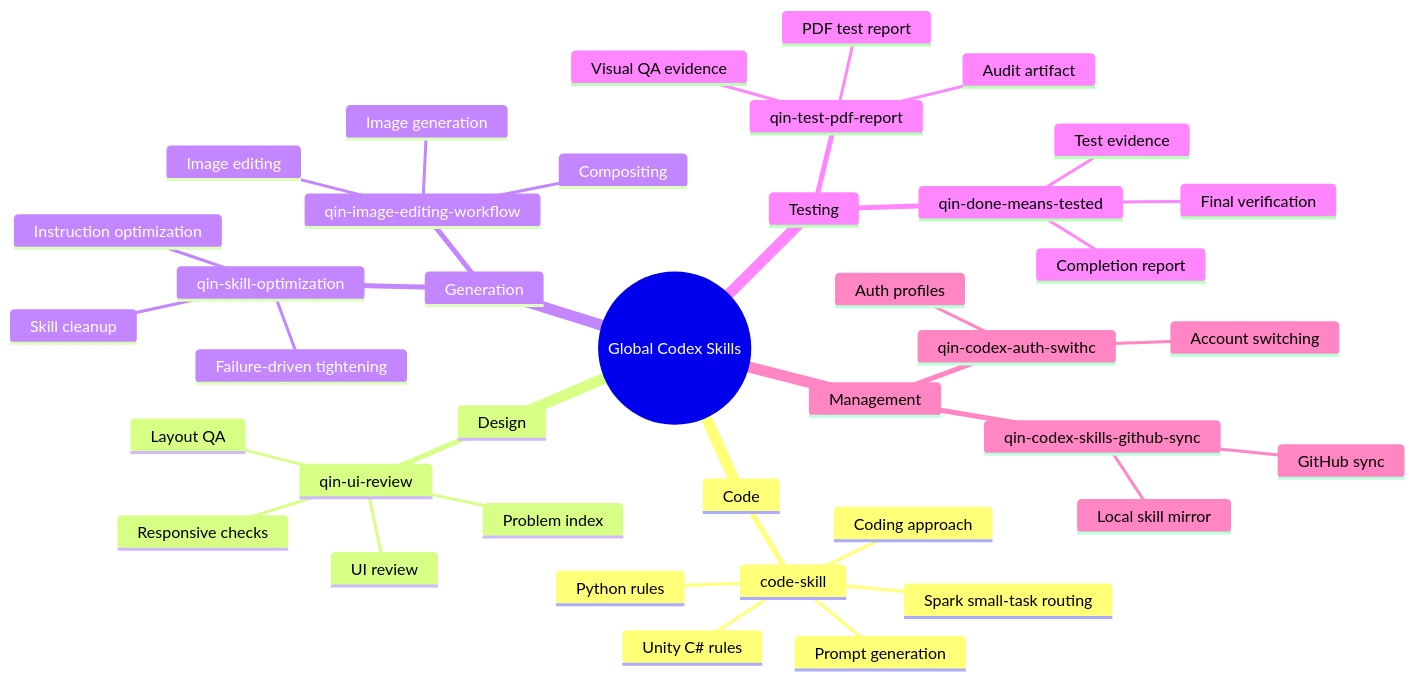
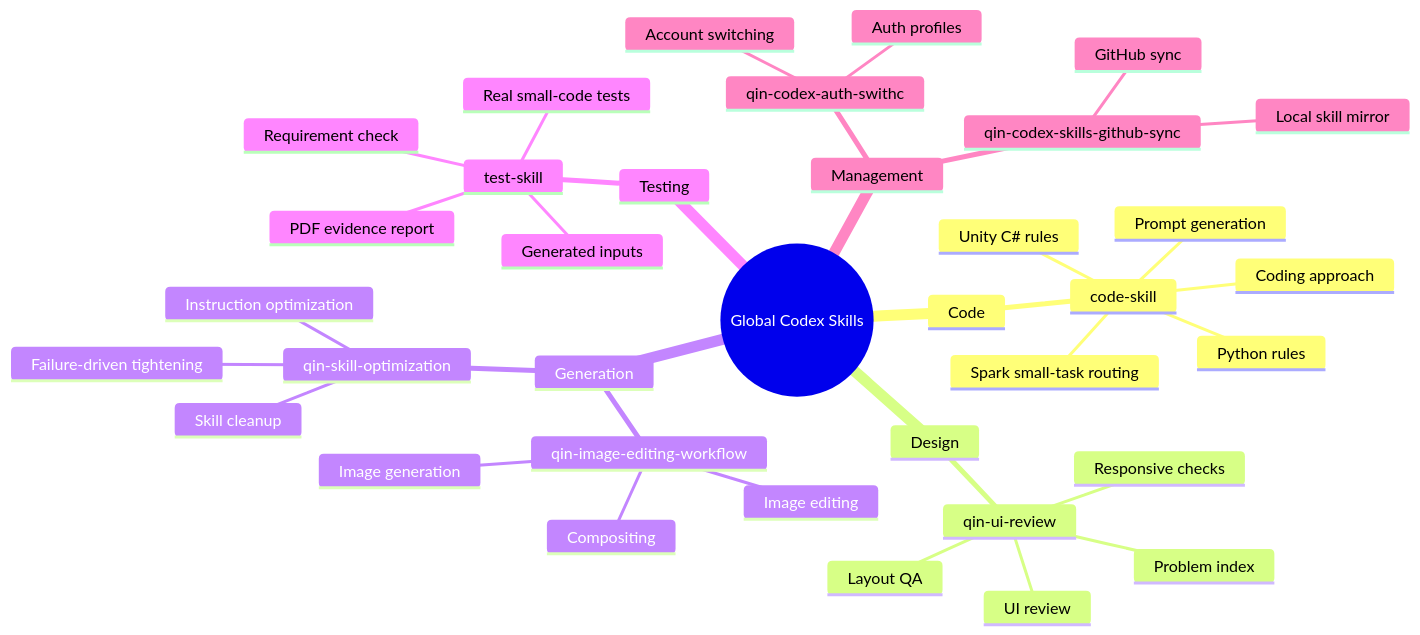
One commit to qinbatista/qin-codex-skills changed the diagram in current_global_skills_overview.md. Above: the diagram before and after it, drawn with Mermaid. The commit also changed other lines of this file and 9 other files, not shown here.

Commit message:
Merge testing skills into test-skill

````diff
--- a/current_global_skills_overview.md
+++ b/current_global_skills_overview.md
@@ -20,42 +19,39 @@
 ```mermaid
 mindmap
   root((Global Codex Skills))
     Code
       code-skill
         Spark small-task routing
         Coding approach
         Prompt generation
         Python rules
         Unity C# rules
     Design
       qin-ui-review
         UI review
         Layout QA
         Responsive checks
         Problem index
     Generation
       qin-image-editing-workflow
         Image generation
         Image editing
         Compositing
       qin-skill-optimization
         Skill cleanup
         Instruction optimization
         Failure-driven tightening
     Testing
-      qin-done-means-tested
-        Final verification
-        Test evidence
-        Completion report
-      qin-test-pdf-report
-        PDF test report
-        Visual QA evidence
-        Audit artifact
+      test-skill
+        Real small-code tests
+        Generated inputs
+        PDF evidence report
+        Requirement check
     Management
       qin-codex-auth-swithc
         Auth profiles
         Account switching
       qin-codex-skills-github-sync
         Local skill mirror
         GitHub sync
 ```
````
